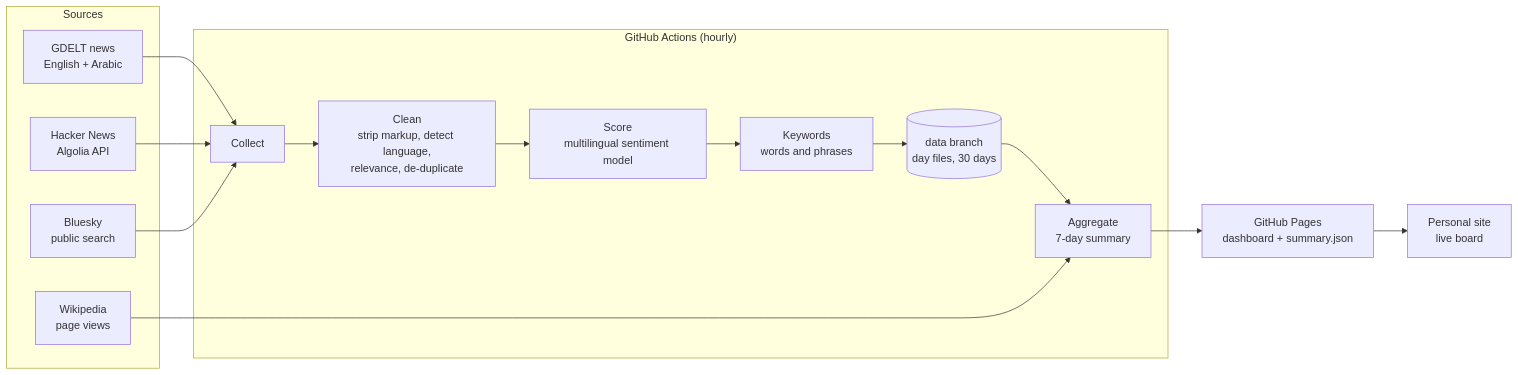
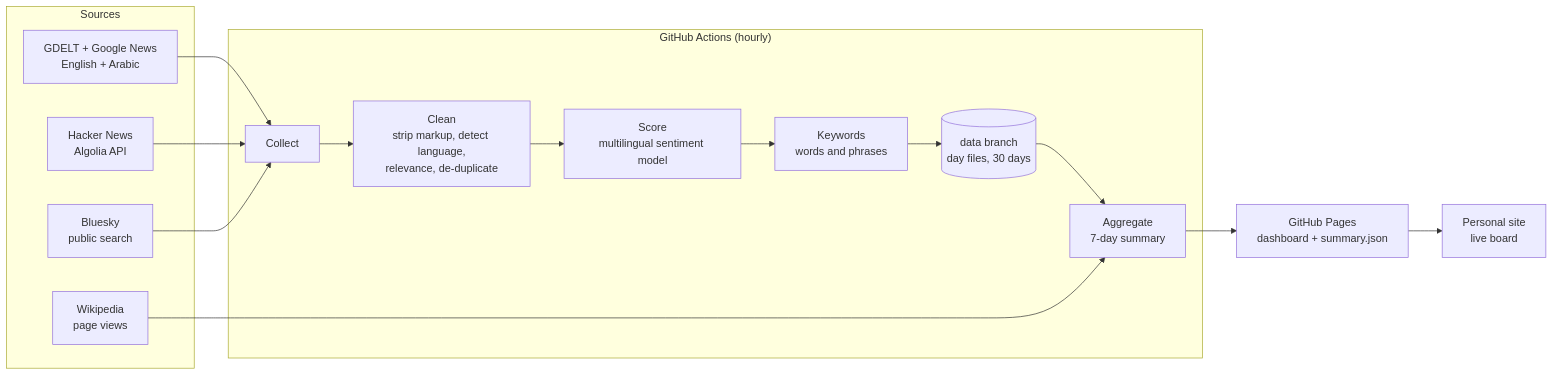
Before and after one commit to MohamadChehade512/Murmur: the diagram in docs/architecture.md, drawn with Mermaid. The commit also changed other lines of this file and 2 other files, not shown here.

Commit message:
Document Google News as a news source

````diff
--- a/docs/architecture.md
+++ b/docs/architecture.md
@@ -6,20 +6,20 @@
 ```mermaid
 flowchart LR
   subgraph Sources
-    G[GDELT news<br/>English + Arabic]
+    G[GDELT + Google News<br/>English + Arabic]
     H[Hacker News<br/>Algolia API]
     B[Bluesky<br/>public search]
     W[Wikipedia<br/>page views]
   end
   subgraph "GitHub Actions (hourly)"
     C[Collect] --> CL[Clean<br/>strip markup, detect language,<br/>relevance, de-duplicate]
     CL --> S[Score<br/>multilingual sentiment model]
     S --> K[Keywords<br/>words and phrases]
     K --> ST[(data branch<br/>day files, 30 days)]
     ST --> A[Aggregate<br/>7-day summary]
   end
   G & H & B --> C
   W --> A
   A --> P[GitHub Pages<br/>dashboard + summary.json]
   P --> SITE[Personal site<br/>live board]
 ```
````
